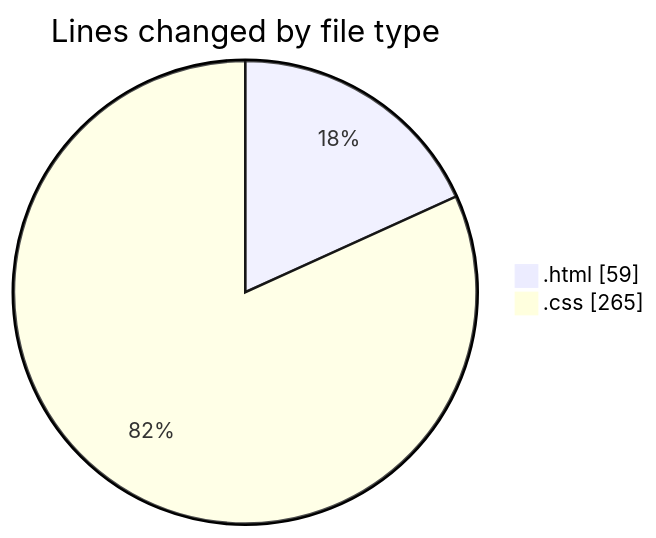
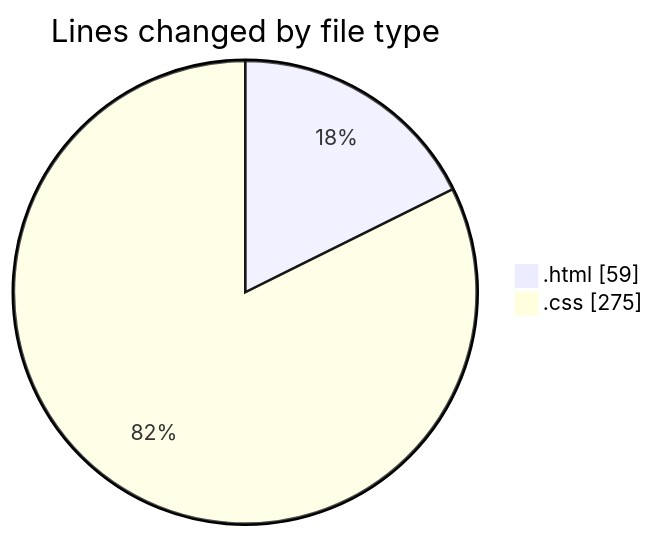
The first of 2 diagrams in 2025-04-15/portfolio/README.md (CELIANVF/code-tracking), drawn with Mermaid before and after one commit. The commit also changed other lines of this file and 1 other file, not shown here.

````diff
--- a/2025-04-15/portfolio/README.md
+++ b/2025-04-15/portfolio/README.md
@@ -21,6 +21,6 @@
 ```mermaid
 pie showData
 title Lines changed by file type
 ".html" : 59
-".css" : 265
+".css" : 275
 ```
````
